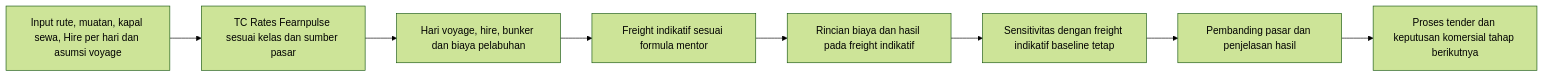
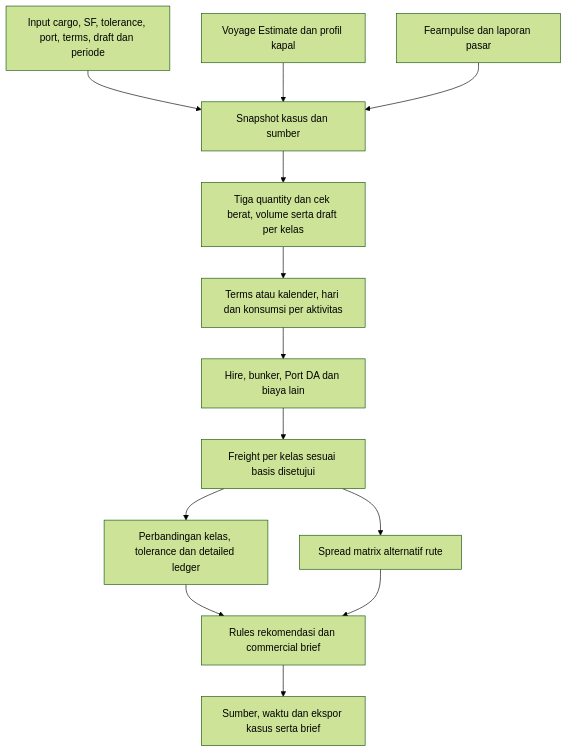
One commit to aidanismail/pilog-cfr-dss changed the diagram in docs/it_5/RENCANA_PENYESUAIAN_INPUT_VOYAGE.md. Above: the diagram before and after it, drawn with Mermaid (forest theme). The commit also changed other lines of this file and 90 other files, not shown here.

````diff
--- a/docs/it_5/RENCANA_PENYESUAIAN_INPUT_VOYAGE.md
+++ b/docs/it_5/RENCANA_PENYESUAIAN_INPUT_VOYAGE.md
@@ -52,10 +417,15 @@
 ```mermaid
-flowchart LR
-    A[Input rute, muatan, kapal sewa, Hire per hari dan asumsi voyage] --> B[TC Rates Fearnpulse sesuai kelas dan sumber pasar]
-    B --> C[Hari voyage, hire, bunker dan biaya pelabuhan]
-    C --> D[Freight indikatif sesuai formula mentor]
-    D --> E[Rincian biaya dan hasil pada freight indikatif]
-    E --> F[Sensitivitas dengan freight indikatif baseline tetap]
-    F --> G[Pembanding pasar dan penjelasan hasil]
-    G --> I[Proses tender dan keputusan komersial tahap berikutnya]
+flowchart TD
+    A[Input cargo, SF, tolerance, port, terms, draft dan periode] --> D[Snapshot kasus dan sumber]
+    B[Voyage Estimate dan profil kapal] --> D
+    C[Fearnpulse dan laporan pasar] --> D
+    D --> E[Tiga quantity dan cek berat, volume serta draft per kelas]
+    E --> F[Terms atau kalender, hari dan konsumsi per aktivitas]
+    F --> G[Hire, bunker, Port DA dan biaya lain]
+    G --> H[Freight per kelas sesuai basis disetujui]
+    H --> I[Perbandingan kelas, tolerance dan detailed ledger]
+    H --> J[Spread matrix alternatif rute]
+    I --> L[Rules rekomendasi dan commercial brief]
+    J --> L
+    L --> K[Sumber, waktu dan ekspor kasus serta brief]
 ```
````
